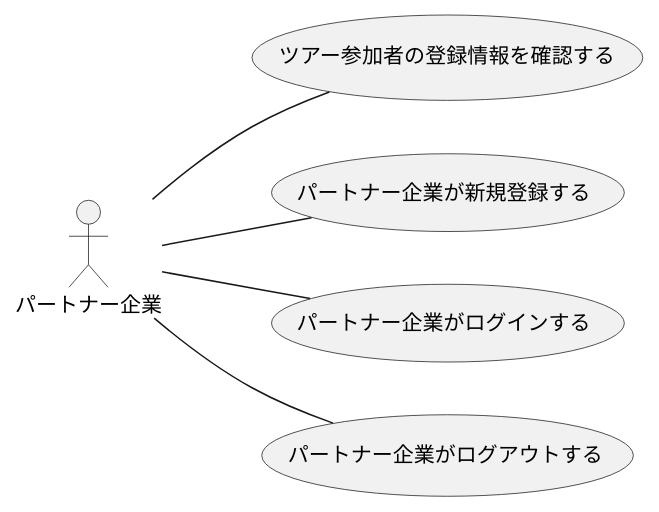
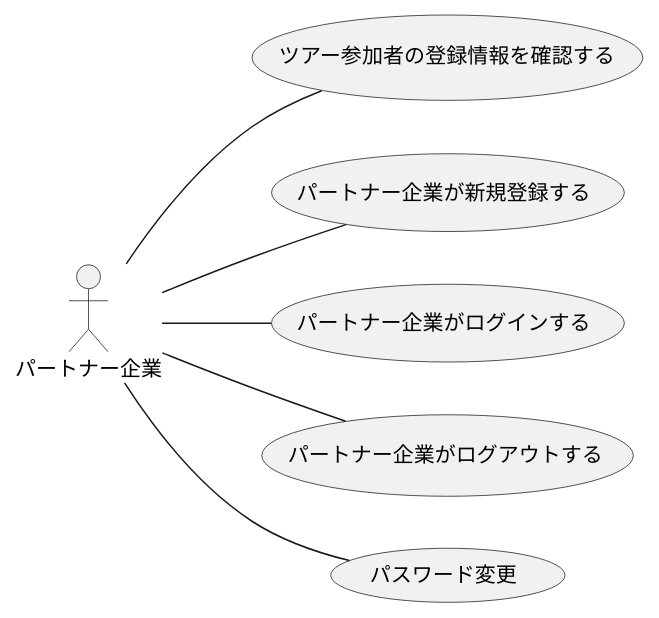
Before and after one commit to ksw2270227/GroupF: the first of 2 diagrams in F_usecase_client.plantuml, drawn with PlantUML. The commit also changed 5 other files, not shown here.

```diff
--- a/F_usecase_client.plantuml
+++ b/F_usecase_client.plantuml
@@ -1,10 +1,10 @@
 @startuml パートナー企業_usecase(1)
 left to right direction
 actor パートナー企業
 
 パートナー企業 -- (ツアー参加者の登録情報を確認する)
 パートナー企業 -- (パートナー企業が新規登録する)
 パートナー企業 -- (パートナー企業がログインする)
 パートナー企業 -- (パートナー企業がログアウトする)
-
+パートナー企業 -- (パスワード変更)
 @enduml
```
